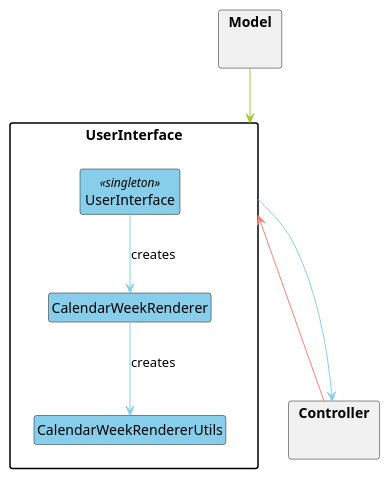
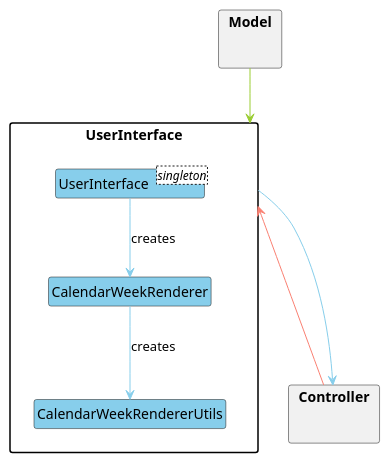
Before and after one commit to untitle4/tp: the diagram in docs/plantuml/UserInterfaceComponent.puml, drawn with PlantUML.

```diff
--- a/docs/plantuml/UserInterfaceComponent.puml
+++ b/docs/plantuml/UserInterfaceComponent.puml
@@ -1,32 +1,32 @@
 @startuml
 skinparam Shadowing false
 skinparam MinClassWidth 100
 skinparam classBackgroundColor #SkyBlue
 skinparam packageStyle rectangle
 hide circle
 hide members
 
 package UserInterface {
-    class UserInterface <<singleton>>
+    class UserInterface <singleton>
     class CalendarWeekRenderer
     class CalendarWeekRendererUtils
 
     UserInterface -[#SkyBlue]-> CalendarWeekRenderer : creates
     CalendarWeekRenderer -[#SkyBlue][dotted]-> CalendarWeekRendererUtils : creates
 }
 
 package Model {
 
 }
 
 package Controller {
 
 }
 
 Model -[#YellowGreen]-> UserInterface
 UserInterface -[#SkyBlue]--> Controller
 Controller -[#Salmon]-> UserInterface
 
 
 
 @enduml
```
